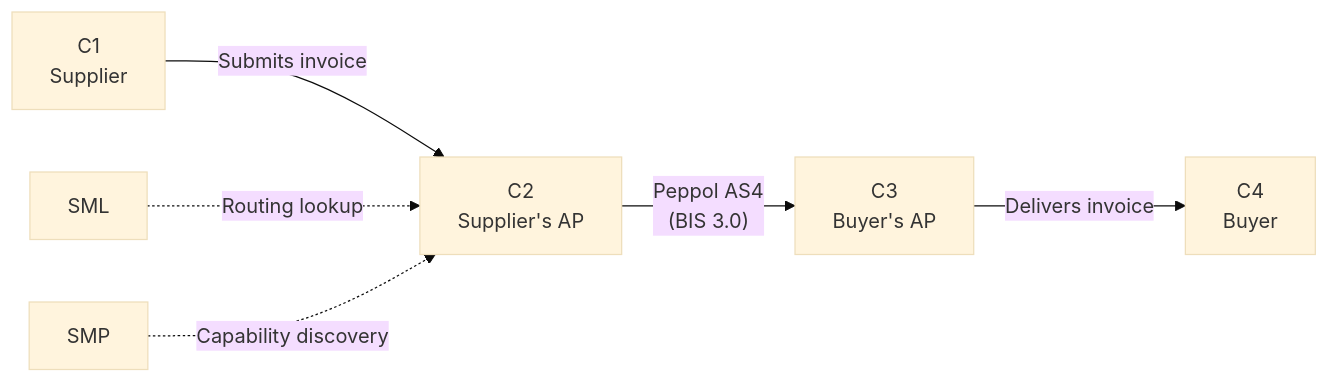
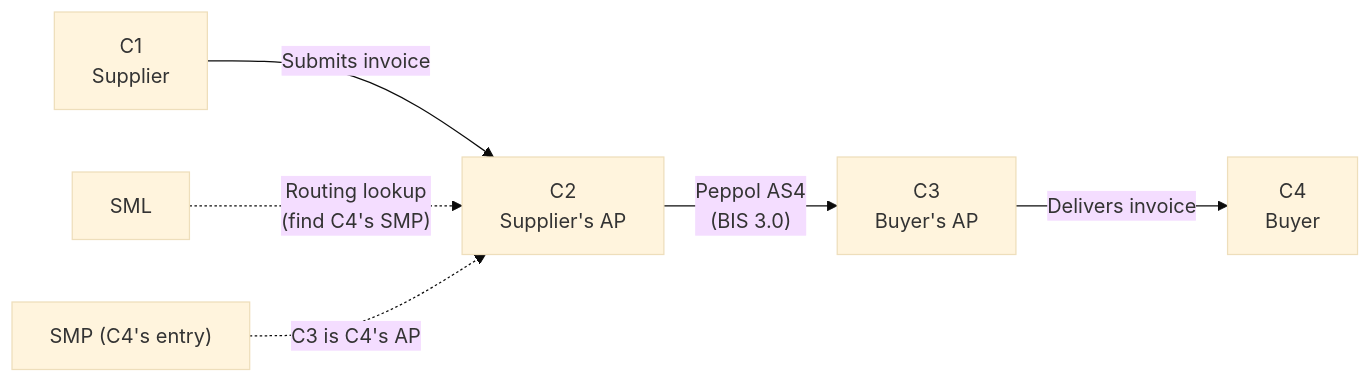
Before and after one commit to webuild-consortium/SC5: the first of 5 diagrams in Scenario/Description.md, drawn with Mermaid (base theme). The commit also changed other lines of this file, not shown here.

````diff
--- a/Scenario/Description.md
+++ b/Scenario/Description.md
@@ -103,8 +105,8 @@
 ```mermaid
 graph LR
     C1["C1\nSupplier"] -->|"Submits invoice"| C2["C2\nSupplier's AP"]
     C2 -->|"Peppol AS4\n(BIS 3.0)"| C3["C3\nBuyer's AP"]
     C3 -->|"Delivers invoice"| C4["C4\nBuyer"]
-    SML["SML"] -.->|"Routing lookup"| C2
-    SMP["SMP"] -.->|"Capability discovery"| C2
+    SML["SML"] -.->|"Routing lookup\n(find C4's SMP)"| C2
+    SMP["SMP (C4's entry)"] -.->|"C3 is C4's AP"| C2
 ```
````
